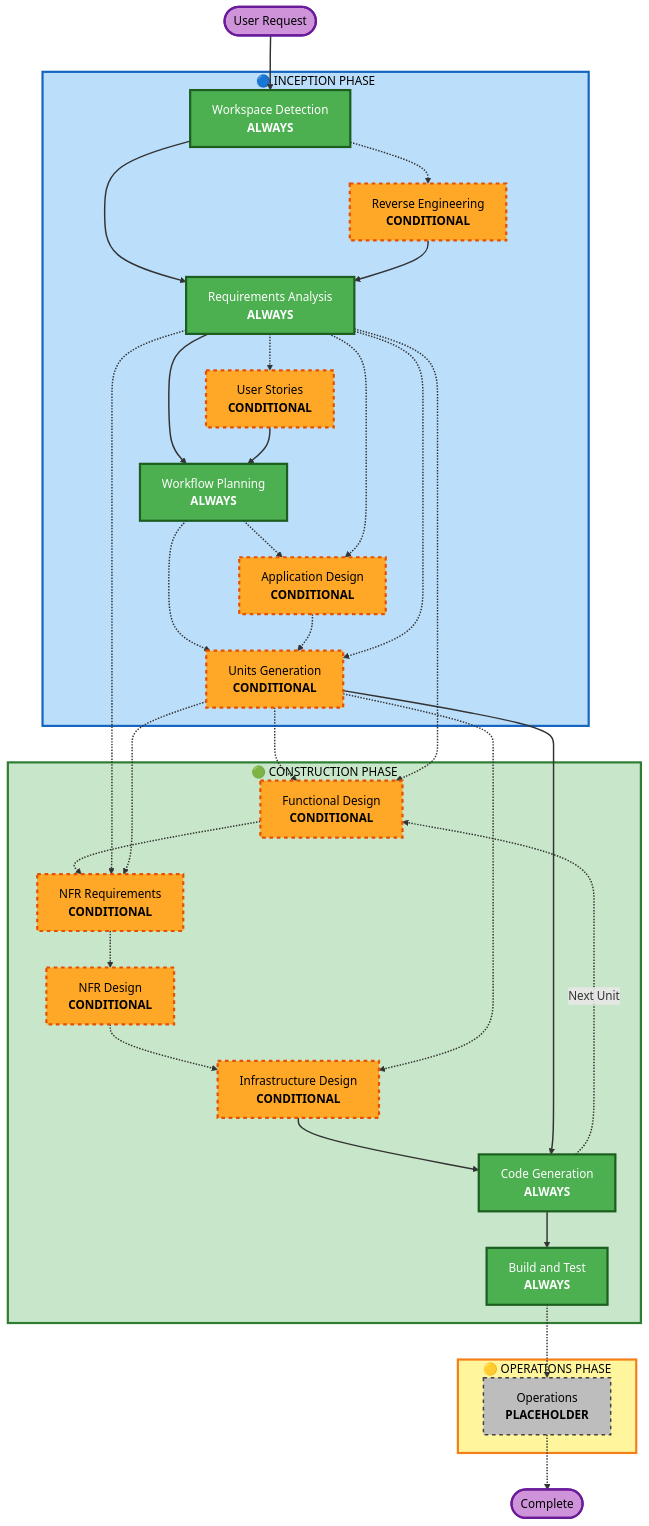
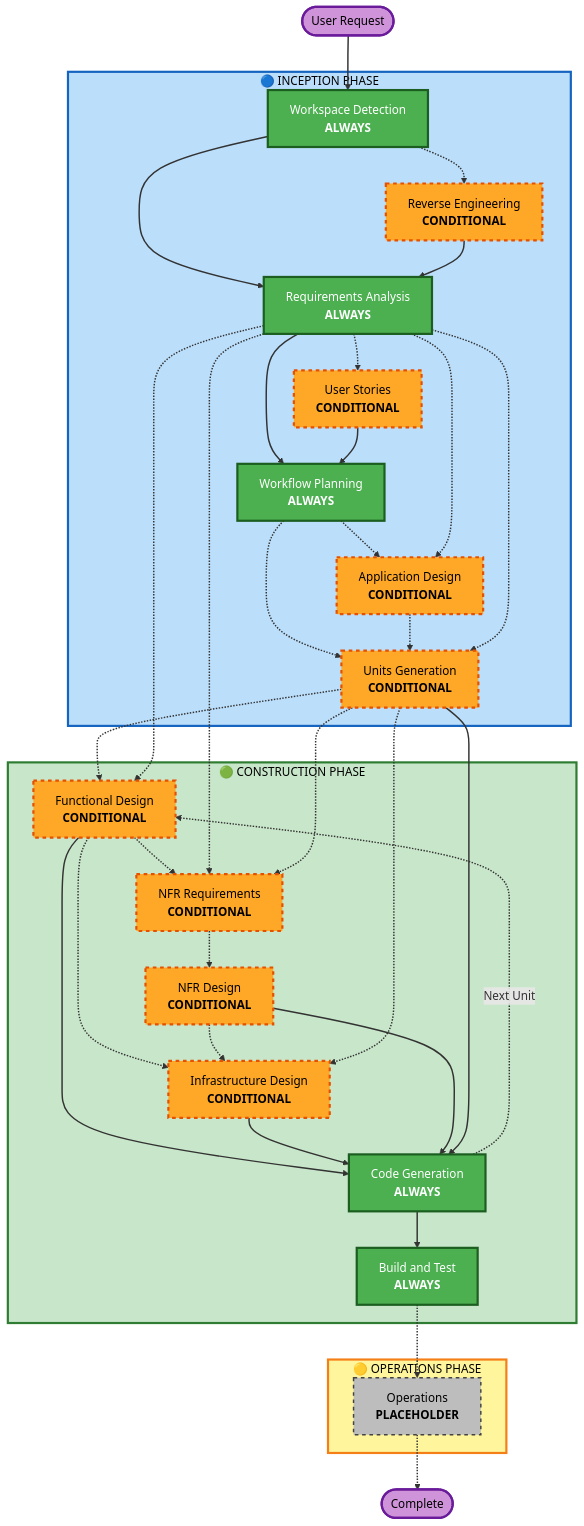
The diagram in .agents/skills/aidlc-workflows/references/common/process-overview.md (qtalen/aidlc-skills), drawn with Mermaid before and after one commit. The commit also changed 10 other files, not shown here.

````diff
--- a/.agents/skills/aidlc-workflows/references/common/process-overview.md
+++ b/.agents/skills/aidlc-workflows/references/common/process-overview.md
@@ -36,76 +36,79 @@
 ```mermaid
 flowchart TD
     Start(["User Request"])
     
     subgraph INCEPTION["🔵 INCEPTION PHASE"]
         WorkspaceDetection["Workspace Detection<br/><b>ALWAYS</b>"]
         ReverseEngineering["Reverse Engineering<br/><b>CONDITIONAL</b>"]
         RequirementsAnalysis["Requirements Analysis<br/><b>ALWAYS</b>"]
         UserStories["User Stories<br/><b>CONDITIONAL</b>"]
         WorkflowPlanning["Workflow Planning<br/><b>ALWAYS</b>"]
         ApplicationDesign["Application Design<br/><b>CONDITIONAL</b>"]
         UnitsGeneration["Units Generation<br/><b>CONDITIONAL</b>"]
     end
     
     subgraph CONSTRUCTION["🟢 CONSTRUCTION PHASE"]
         FunctionalDesign["Functional Design<br/><b>CONDITIONAL</b>"]
         NfrRequirements["NFR Requirements<br/><b>CONDITIONAL</b>"]
         NfrDesign["NFR Design<br/><b>CONDITIONAL</b>"]
         InfrastructureDesign["Infrastructure Design<br/><b>CONDITIONAL</b>"]
         CodeGeneration["Code Generation<br/><b>ALWAYS</b>"]
         BuildAndTest["Build and Test<br/><b>ALWAYS</b>"]
     end
     
     subgraph OPERATIONS["🟡 OPERATIONS PHASE"]
         Operations["Operations<br/><b>PLACEHOLDER</b>"]
     end
     
     Start --> WorkspaceDetection
     WorkspaceDetection -.-> ReverseEngineering
     WorkspaceDetection --> RequirementsAnalysis
     ReverseEngineering --> RequirementsAnalysis
     RequirementsAnalysis -.-> UserStories
     RequirementsAnalysis --> WorkflowPlanning
     UserStories --> WorkflowPlanning
     WorkflowPlanning -.-> ApplicationDesign
     RequirementsAnalysis -.-> ApplicationDesign
     WorkflowPlanning -.-> UnitsGeneration
     ApplicationDesign -.-> UnitsGeneration
     RequirementsAnalysis -.-> UnitsGeneration
     UnitsGeneration -.-> FunctionalDesign
     RequirementsAnalysis -.-> FunctionalDesign
     FunctionalDesign -.-> NfrRequirements
     RequirementsAnalysis -.-> NfrRequirements
     UnitsGeneration -.-> NfrRequirements
     NfrRequirements -.-> NfrDesign
+    FunctionalDesign -.-> InfrastructureDesign
     NfrDesign -.-> InfrastructureDesign
     UnitsGeneration -.-> InfrastructureDesign
+    FunctionalDesign --> CodeGeneration
     InfrastructureDesign --> CodeGeneration
+    NfrDesign --> CodeGeneration
     UnitsGeneration --> CodeGeneration
     CodeGeneration --> BuildAndTest
     BuildAndTest -.-> Operations
     CodeGeneration -.->|Next Unit| FunctionalDesign
     Operations -.-> End(["Complete"])
     
     style WorkspaceDetection fill:#4CAF50,stroke:#1B5E20,stroke-width:3px,color:#fff
     style RequirementsAnalysis fill:#4CAF50,stroke:#1B5E20,stroke-width:3px,color:#fff
     style WorkflowPlanning fill:#4CAF50,stroke:#1B5E20,stroke-width:3px,color:#fff
     style CodeGeneration fill:#4CAF50,stroke:#1B5E20,stroke-width:3px,color:#fff
     style BuildAndTest fill:#4CAF50,stroke:#1B5E20,stroke-width:3px,color:#fff
     style ReverseEngineering fill:#FFA726,stroke:#E65100,stroke-width:3px,stroke-dasharray: 5 5,color:#000
     style UserStories fill:#FFA726,stroke:#E65100,stroke-width:3px,stroke-dasharray: 5 5,color:#000
     style ApplicationDesign fill:#FFA726,stroke:#E65100,stroke-width:3px,stroke-dasharray: 5 5,color:#000
     style UnitsGeneration fill:#FFA726,stroke:#E65100,stroke-width:3px,stroke-dasharray: 5 5,color:#000
     style FunctionalDesign fill:#FFA726,stroke:#E65100,stroke-width:3px,stroke-dasharray: 5 5,color:#000
     style NfrRequirements fill:#FFA726,stroke:#E65100,stroke-width:3px,stroke-dasharray: 5 5,color:#000
     style NfrDesign fill:#FFA726,stroke:#E65100,stroke-width:3px,stroke-dasharray: 5 5,color:#000
     style InfrastructureDesign fill:#FFA726,stroke:#E65100,stroke-width:3px,stroke-dasharray: 5 5,color:#000
     style Operations fill:#BDBDBD,stroke:#424242,stroke-width:2px,stroke-dasharray: 5 5,color:#000
     style INCEPTION fill:#BBDEFB,stroke:#1565C0,stroke-width:3px, color:#000
     style CONSTRUCTION fill:#C8E6C9,stroke:#2E7D32,stroke-width:3px, color:#000
     style OPERATIONS fill:#FFF59D,stroke:#F57F17,stroke-width:3px, color:#000
     style Start fill:#CE93D8,stroke:#6A1B9A,stroke-width:3px,color:#000
     style End fill:#CE93D8,stroke:#6A1B9A,stroke-width:3px,color:#000
     
     linkStyle default stroke:#333,stroke-width:2px
 ```
````
